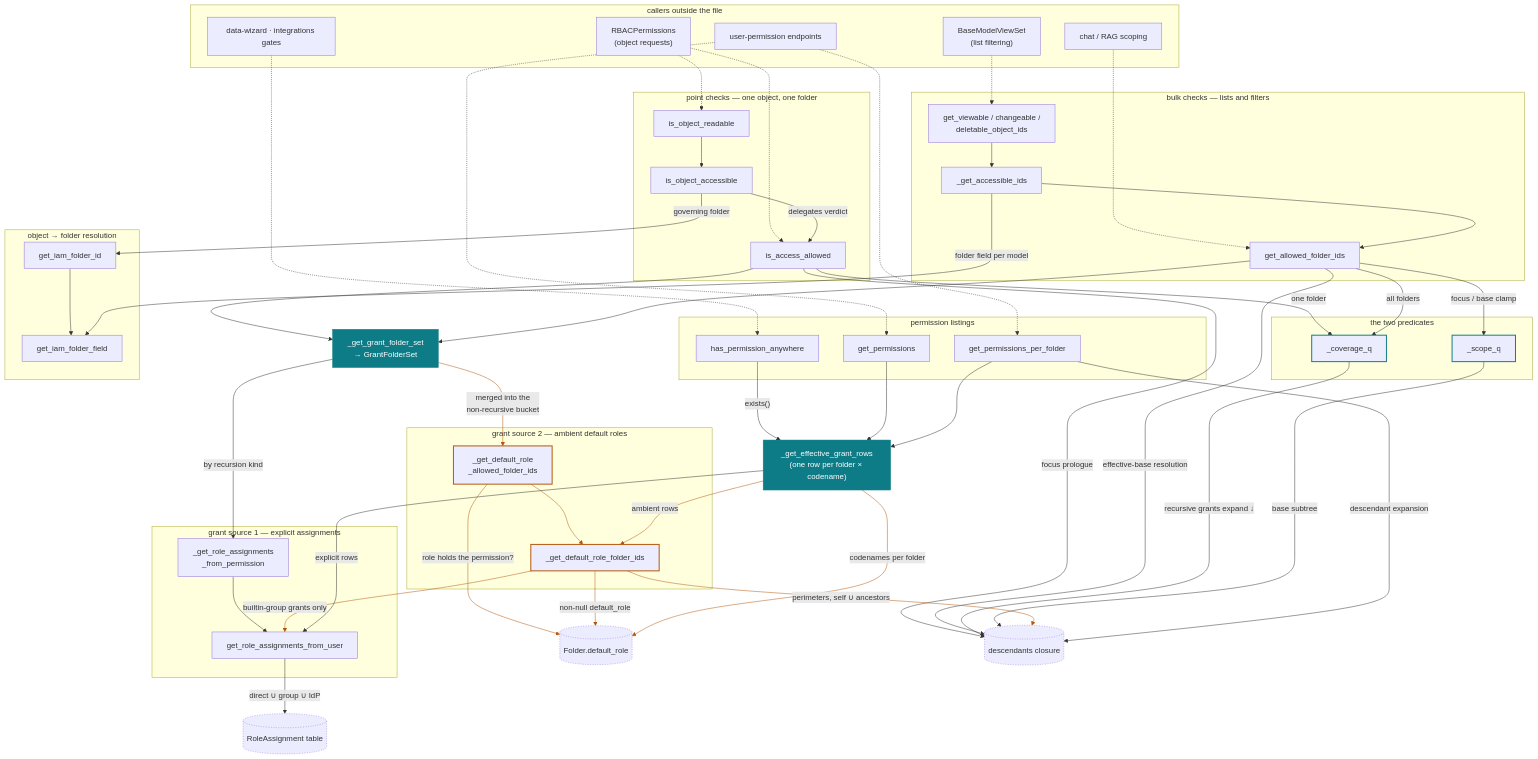
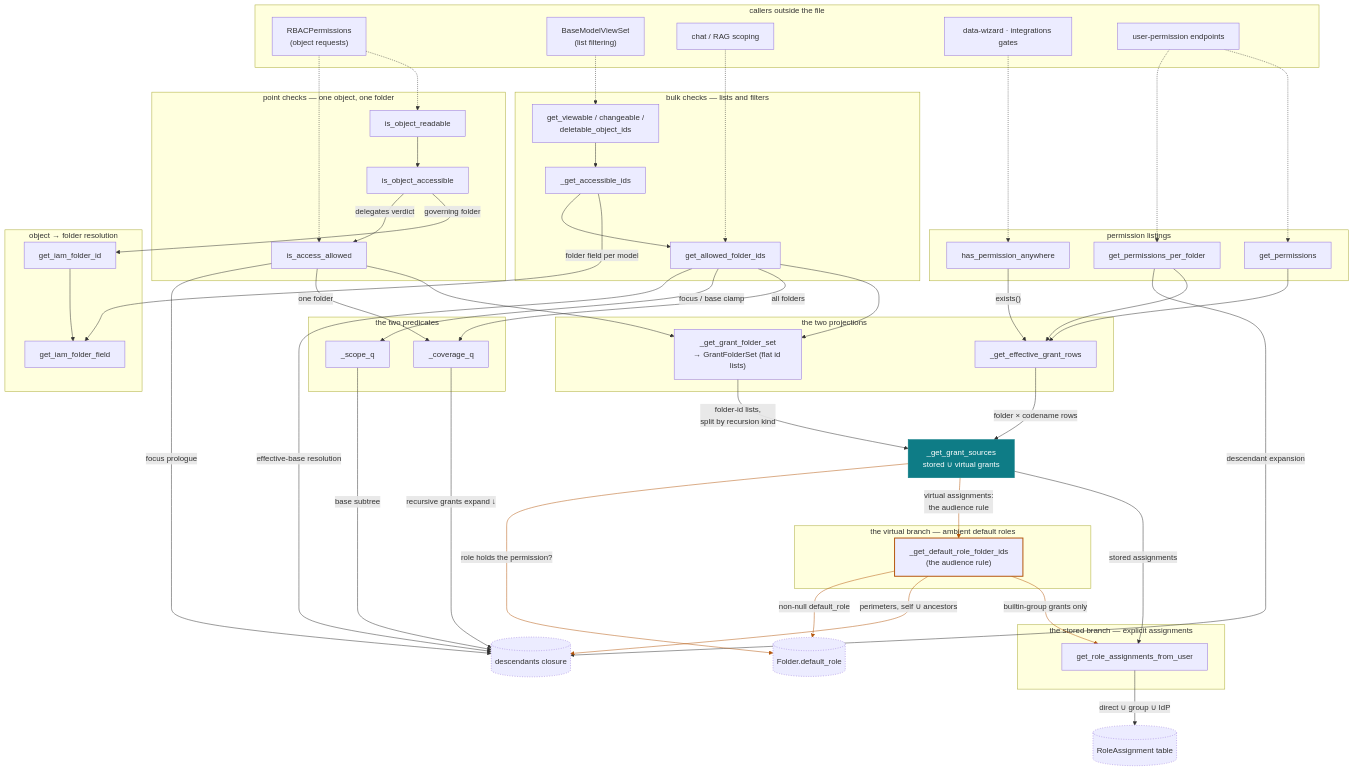
Before and after one commit to intuitem/ciso-assistant-community: the diagram in documentation/architecture/iam-grant-resolution.md, drawn with Mermaid. The commit also changed other lines of this file and 2 other files, not shown here.

````diff
--- a/documentation/architecture/iam-grant-resolution.md
+++ b/documentation/architecture/iam-grant-resolution.md
@@ -25,7 +28,6 @@
 flowchart TB
   classDef amb stroke:#B4550A,stroke-width:2px
   classDef meet fill:#0E7C86,color:#ffffff,stroke:#0E7C86
-  classDef pred stroke:#0E7C86,stroke-width:2px
   classDef data stroke-dasharray:2 3
 
   subgraph CALLERS["callers outside the file"]
@@ -49,8 +51,8 @@
   end
 
   subgraph PRED["the two predicates"]
-    COVQ["_coverage_q"]:::pred
-    SCOQ["_scope_q"]:::pred
+    COVQ["_coverage_q"]
+    SCOQ["_scope_q"]
   end
 
   subgraph ANSWERS["permission listings"]
@@ -59,17 +61,19 @@
     GPPF["get_permissions_per_folder"]
   end
 
-  GFS["_get_grant_folder_set<br/>→ GrantFolderSet"]:::meet
-  EGR["_get_effective_grant_rows<br/>(one row per folder × codename)"]:::meet
+  subgraph PROJ["the two projections"]
+    GFS["_get_grant_folder_set<br/>→ GrantFolderSet (flat id lists)"]
+    EGR["_get_effective_grant_rows"]
+  end
 
-  subgraph EXPLICIT["grant source 1 — explicit assignments"]
-    RAP["_get_role_assignments<br/>_from_permission"]
+  GSRC["_get_grant_sources<br/>stored ∪ virtual grants"]:::meet
+
+  subgraph EXPLICIT["the stored branch — explicit assignments"]
     RAU["get_role_assignments_from_user"]
   end
 
-  subgraph AMBIENT["grant source 2 — ambient default roles"]
-    DRA["_get_default_role<br/>_allowed_folder_ids"]:::amb
-    DRF["_get_default_role_folder_ids"]:::amb
+  subgraph AMBIENT["the virtual branch — ambient default roles"]
+    DRF["_get_default_role_folder_ids<br/>(the audience rule)"]:::amb
   end
 
   subgraph SCOPE["object → folder resolution"]
@@ -108,25 +112,23 @@
   COVQ -- "recursive grants expand ↓" --> CLO
   SCOQ -- "base subtree" --> CLO
 
-  GFS -- "by recursion kind" --> RAP
-  GFS -- "merged into the<br/>non-recursive bucket" --> DRA
+  HPA -- "exists()" --> EGR
+  GP --> EGR
+  GPPF --> EGR
+  GPPF -- "descendant expansion" --> CLO
 
-  RAP --> RAU
+  GFS -- "folder-id lists,<br/>split by recursion kind" --> GSRC
+  EGR -- "folder × codename rows" --> GSRC
+
+  GSRC -- "stored assignments" --> RAU
+  GSRC -- "virtual assignments:<br/>the audience rule" --> DRF
+  GSRC -- "role holds the permission?" --> FDR
+
   RAU -- "direct ∪ group ∪ IdP" --> RATBL
 
-  DRA -- "role holds the permission?" --> FDR
-  DRA --> DRF
   DRF -- "builtin-group grants only" --> RAU
   DRF -- "perimeters, self ∪ ancestors" --> CLO
   DRF -- "non-null default_role" --> FDR
 
-  HPA -- "exists()" --> EGR
-  GP --> EGR
-  GPPF --> EGR
-  GPPF -- "descendant expansion" --> CLO
-  EGR -- "explicit rows" --> RAU
-  EGR -- "ambient rows" --> DRF
-  EGR -- "codenames per folder" --> FDR
-
-  linkStyle 24,27,28,29,30,31,37,38 stroke:#B4550A
+  linkStyle 30,31,33,34,35 stroke:#B4550A
 ```
````
